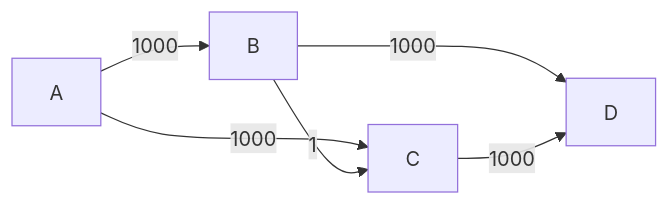
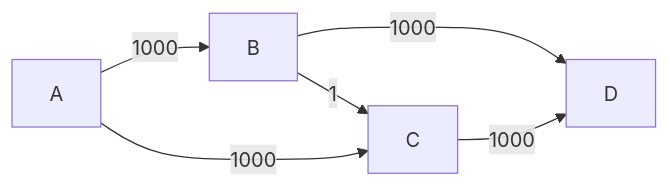
One commit to soku1203/Ford-Fulkerson-Algorithm- changed the third of 3 diagrams in README.md. Above: the diagram before and after it, drawn with Mermaid.

Commit message:
2022-04-28

````diff
--- a/README.md
+++ b/README.md
@@ -253,12 +253,12 @@
 ```mermaid
 graph LR;
     A[A]
     B[B]
     C[C]
     D[D]
     A--1000-->B;
+	B--1-->C;
     A--1000-->C;
-    B--1-->C;
-	B--1000-->D;
+    B--1000-->D;
     C--1000-->D;
 ```
````
